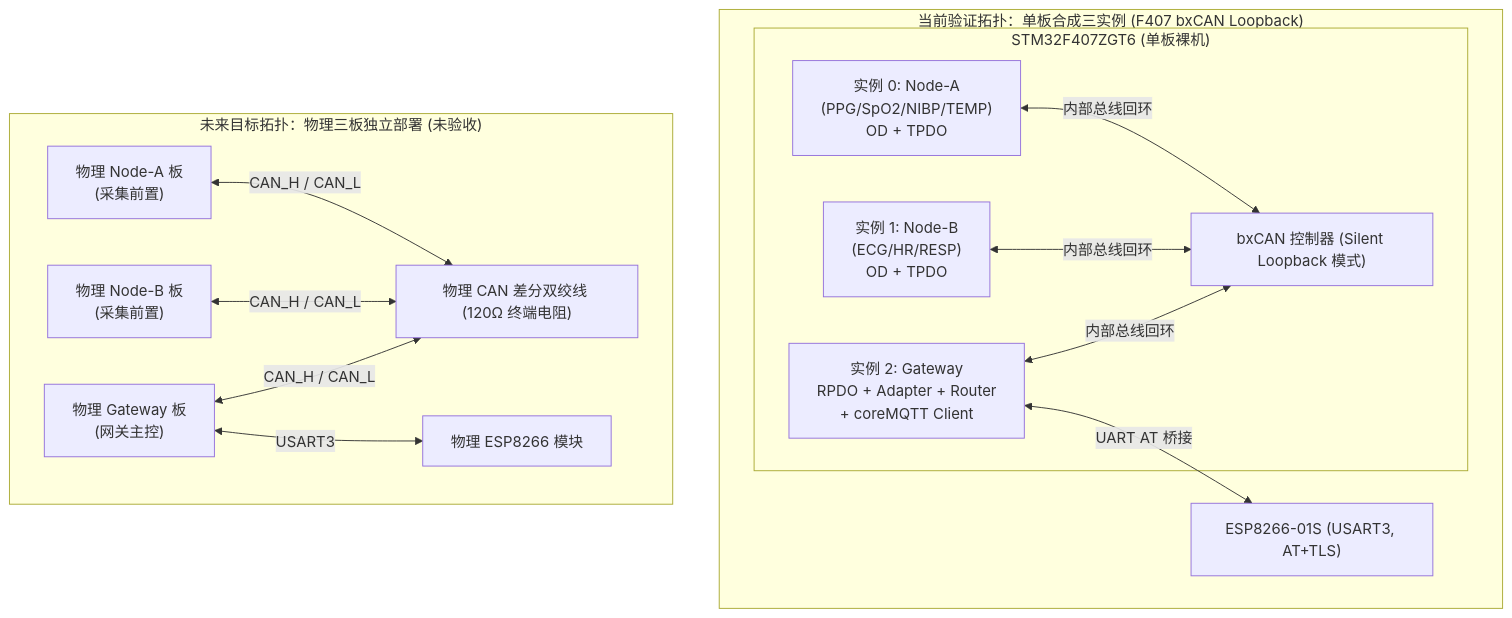
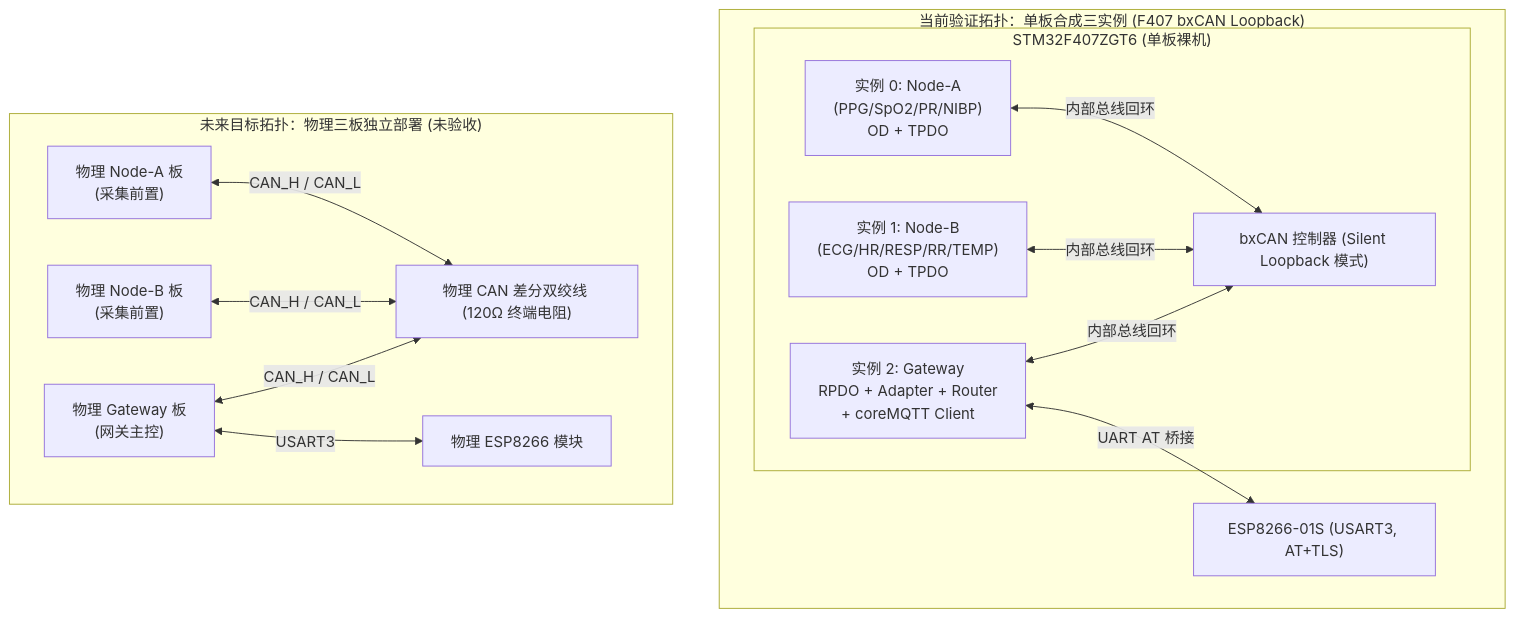
One commit to Serendipity-min/medical-multi-parameter-monitor changed the first of 7 diagrams in doc/P/04_第四阶段_P5_coreMQTT裸机迁移/技术讲解与复盘/01_P5_coreMQTT_网关运行机制与源码调用链_v2.0.md. Above: the diagram before and after it, drawn with Mermaid. The commit also changed other lines of this file and 4 other files, not shown here.

````diff
--- a/doc/P/04_第四阶段_P5_coreMQTT裸机迁移/技术讲解与复盘/01_P5_coreMQTT_网关运行机制与源码调用链_v2.0.md
+++ b/doc/P/04_第四阶段_P5_coreMQTT裸机迁移/技术讲解与复盘/01_P5_coreMQTT_网关运行机制与源码调用链_v2.0.md
@@ -47,28 +47,28 @@
 ```mermaid
 flowchart TB
     subgraph Current_Topology["当前验证拓扑：单板合成三实例 (F407 bxCAN Loopback)"]
         subgraph STM32F407["STM32F407ZGT6 (单板裸机)"]
-            NA["实例 0: Node-A\n(PPG/SpO2/NIBP/TEMP)\nOD + TPDO"]
-            NB["实例 1: Node-B\n(ECG/HR/RESP)\nOD + TPDO"]
+            NA["实例 0: Node-A\n(PPG/SpO2/PR/NIBP)\nOD + TPDO"]
+            NB["实例 1: Node-B\n(ECG/HR/RESP/RR/TEMP)\nOD + TPDO"]
             GW["实例 2: Gateway\nRPDO + Adapter + Router\n+ coreMQTT Client"]
             bxCAN["bxCAN 控制器 (Silent Loopback 模式)"]
             NA <-->|内部总线回环| bxCAN
             NB <-->|内部总线回环| bxCAN
             GW <-->|内部总线回环| bxCAN
         end
         ESP["ESP8266-01S (USART3, AT+TLS)"]
         GW <-->|UART AT 桥接| ESP
     end
 
     subgraph Target_Topology["未来目标拓扑：物理三板独立部署 (未验收)"]
         P_NA["物理 Node-A 板\n(采集前置)"]
         P_NB["物理 Node-B 板\n(采集前置)"]
         P_GW["物理 Gateway 板\n(网关主控)"]
         P_ESP["物理 ESP8266 模块"]
         CAN_BUS["物理 CAN 差分双绞线 (120Ω 终端电阻)"]
         P_NA <-->|CAN_H / CAN_L| CAN_BUS
         P_NB <-->|CAN_H / CAN_L| CAN_BUS
         P_GW <-->|CAN_H / CAN_L| CAN_BUS
         P_GW <-->|USART3| P_ESP
     end
 ```
````
